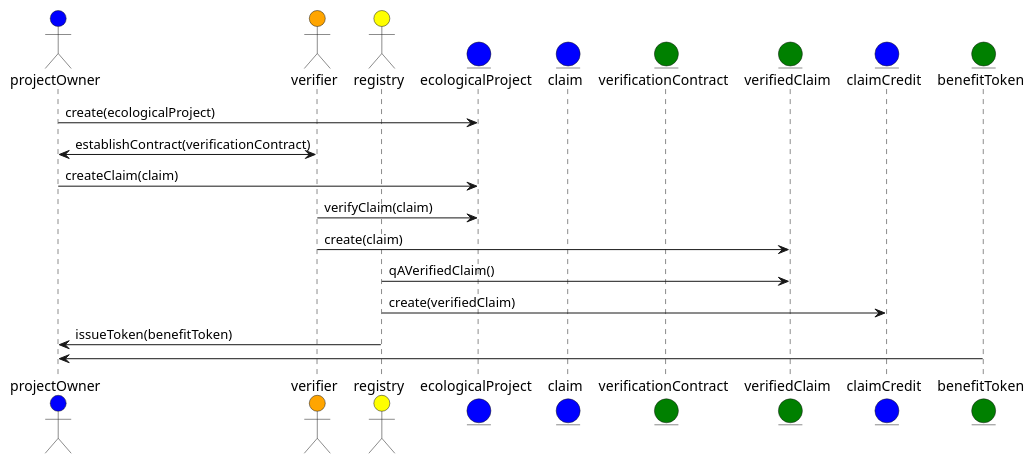
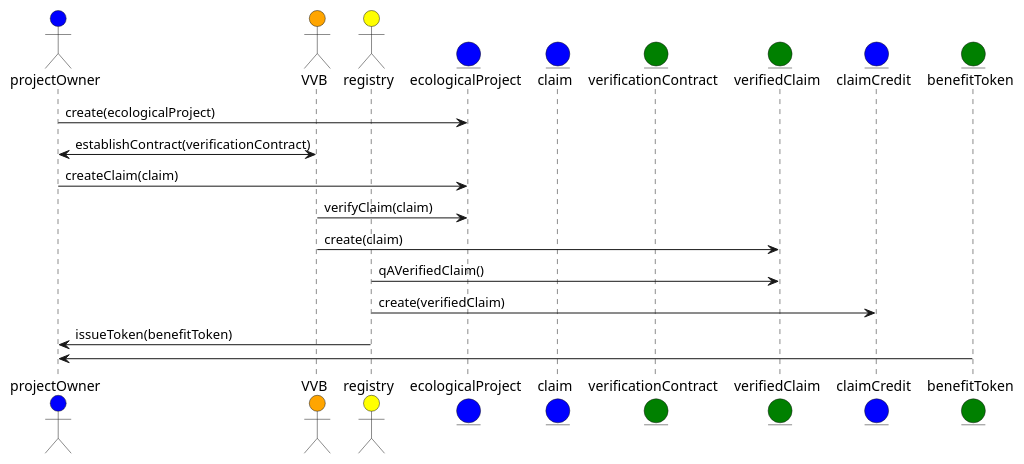
One commit to InterWorkAlliance/Sustainability changed the diagram in vem/supply/ep.md. Above: the diagram before and after it, drawn with PlantUML. The commit also changed other lines of this file and 6 other files, not shown here.

````diff
--- a/vem/supply/ep.md
+++ b/vem/supply/ep.md
@@ -63,23 +63,23 @@
 ```plantuml
 @startuml
     actor projectOwner #blue
-    actor verifier #orange
+    actor VVB #orange
     actor registry #yellow
     entity ecologicalProject #blue
     entity claim #blue
     entity verificationContract #green
     entity verifiedClaim #green
     entity claimCredit #blue
     entity benefitToken #green
 
     projectOwner ->    ecologicalProject: create(ecologicalProject)
-    projectOwner <-> verifier: establishContract(verificationContract)
+    projectOwner <-> VVB: establishContract(verificationContract)
     projectOwner -> ecologicalProject: createClaim(claim)
-    ecologicalProject <- verifier: verifyClaim(claim)
-    verifier -> verifiedClaim: create(claim)
+    ecologicalProject <- VVB: verifyClaim(claim)
+    VVB -> verifiedClaim: create(claim)
     verifiedClaim <- registry: qAVerifiedClaim()
     registry -> claimCredit: create(verifiedClaim)
     projectOwner <- registry: issueToken(benefitToken)
     projectOwner <- benefitToken:
 @enduml
 ```
````
